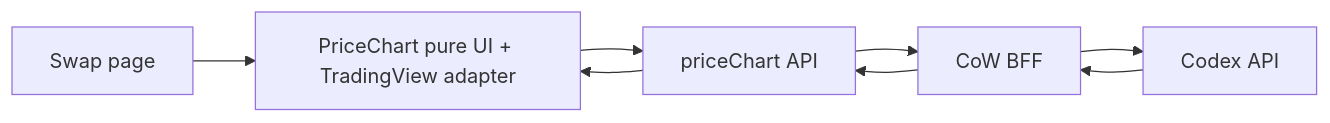
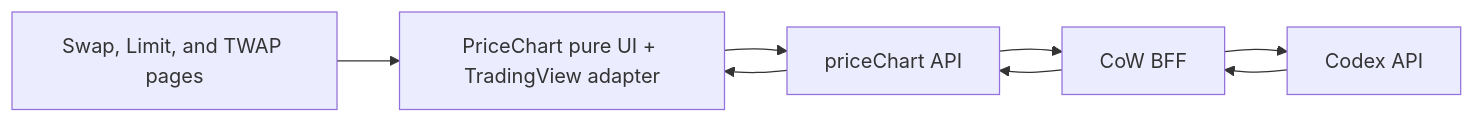
Before and after one commit to cowprotocol/cowswap: the diagram in apps/cowswap-frontend/src/modules/priceChart/README.md, drawn with Mermaid. The commit also changed other lines of this file and 54 other files, not shown here.

````diff
--- a/apps/cowswap-frontend/src/modules/priceChart/README.md
+++ b/apps/cowswap-frontend/src/modules/priceChart/README.md
@@ -52,16 +57,16 @@
 ```mermaid
 flowchart LR
-  Swap[Swap page]
+  TradePages[Swap, Limit, and TWAP pages]
   PriceChartUi[PriceChart pure UI + TradingView adapter]
   PriceChartApi[priceChart API]
   Bff[CoW BFF]
   Codex[Codex API]
 
-  Swap --> PriceChartUi
+  TradePages --> PriceChartUi
   PriceChartUi --> PriceChartApi
   PriceChartApi --> Bff
   Bff --> Codex
   Codex --> Bff
   Bff --> PriceChartApi
   PriceChartApi --> PriceChartUi
 ```
````
